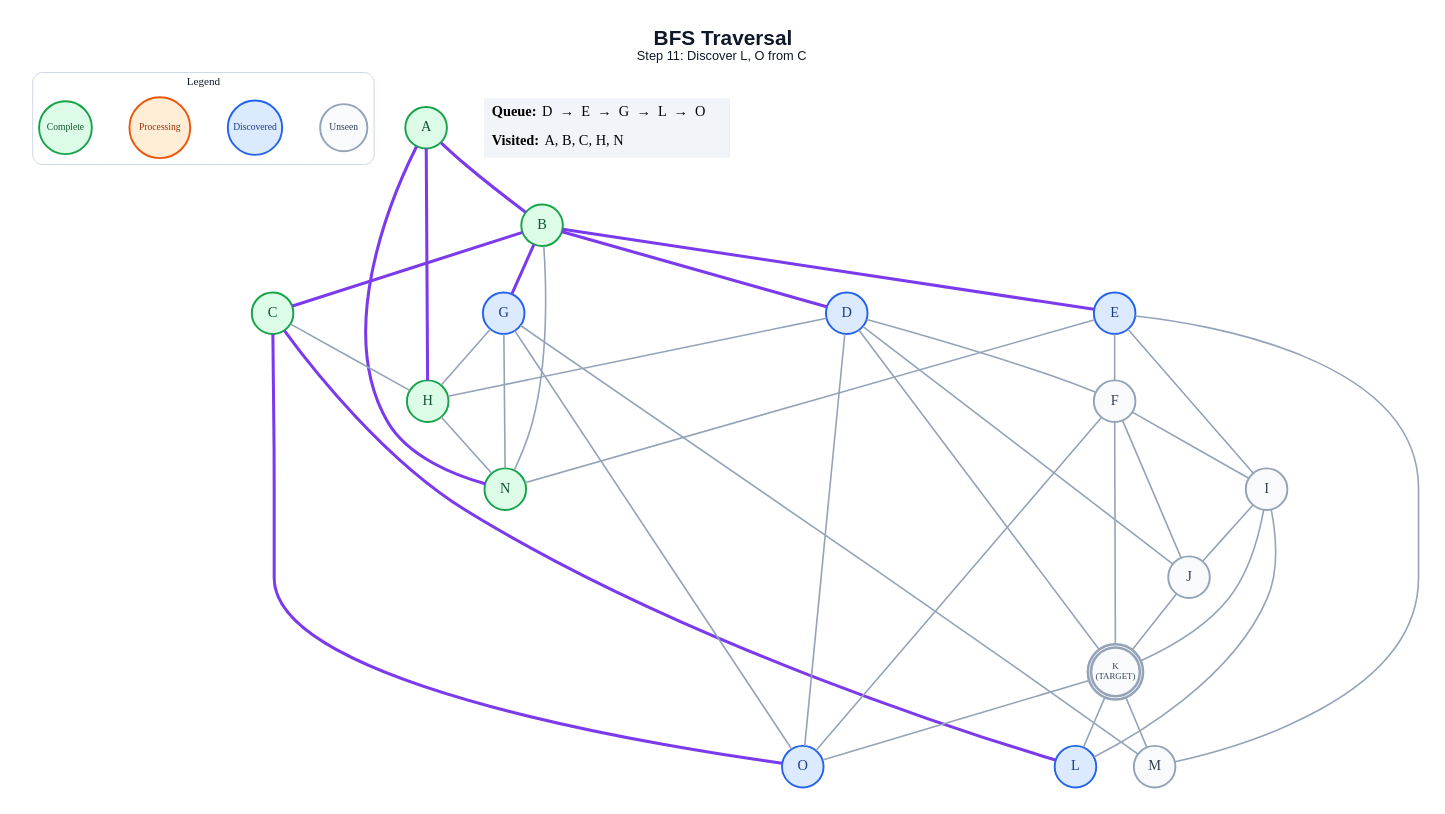
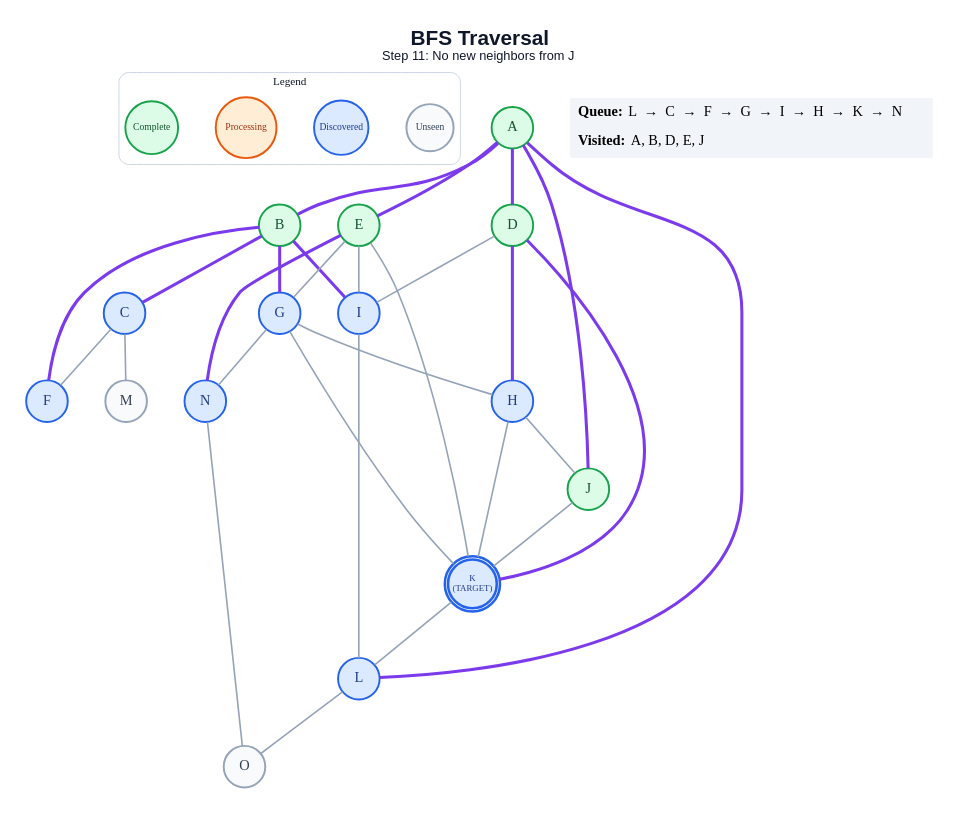
The diagram in generated/bfs/step_11.dot (anon7238593-create/ai-slop), drawn with Graphviz before and after one commit. The commit also changed 253 other files, not shown here.

```diff
--- a/generated/bfs/step_11.dot
+++ b/generated/bfs/step_11.dot
@@ -1,70 +1,62 @@
 graph traversal {
   graph [layout=dot, rankdir=TB, bgcolor="#FFFFFF", pad="0.35", nodesep="0.65", ranksep="0.8", fontname="Arial"];
   node [shape=circle, style="filled", fontname="Arial Bold", fontsize=18, width=0.72, fixedsize=true, penwidth=2.4];
   edge [color="#94A3B8", penwidth=2.0];
-  label=<<B>BFS Traversal</B><BR/><FONT POINT-SIZE="16">Step 11: Discover L, O from C</FONT>>; labelloc="t"; fontsize=26; fontname="Arial"; fontcolor="#0F172A";
+  label=<<B>BFS Traversal</B><BR/><FONT POINT-SIZE="16">Step 11: No new neighbors from J</FONT>>; labelloc="t"; fontsize=26; fontname="Arial"; fontcolor="#0F172A";
   subgraph cluster_legend { label="Legend"; color="#CBD5E1"; penwidth=1.2; style="rounded"; fontsize=14; fontname="Arial Bold";
     key_unseen [label="Unseen", fillcolor="#F8FAFC", color="#94A3B8", fontcolor="#334155", fontsize=12, width=0.82];
     key_frontier [label="Discovered", fillcolor="#DBEAFE", color="#2563EB", fontcolor="#1E3A8A", fontsize=12, width=0.95];
     key_current [label="Processing", fillcolor="#FFEDD5", color="#EA580C", fontcolor="#9A3412", fontsize=12, width=1.05];
     key_done [label="Complete", fillcolor="#DCFCE7", color="#16A34A", fontcolor="#14532D", fontsize=12, width=0.92];
     { rank=same; key_unseen; key_frontier; key_current; key_done; }
   }
   A [label="A", fillcolor="#DCFCE7", color="#16A34A", fontcolor="#14532D", peripheries=1, penwidth=2.4];
   B [label="B", fillcolor="#DCFCE7", color="#16A34A", fontcolor="#14532D", peripheries=1, penwidth=2.4];
-  C [label="C", fillcolor="#DCFCE7", color="#16A34A", fontcolor="#14532D", peripheries=1, penwidth=2.4];
-  D [label="D", fillcolor="#DBEAFE", color="#2563EB", fontcolor="#1E3A8A", peripheries=1, penwidth=2.4];
-  E [label="E", fillcolor="#DBEAFE", color="#2563EB", fontcolor="#1E3A8A", peripheries=1, penwidth=2.4];
-  F [label="F", fillcolor="#F8FAFC", color="#94A3B8", fontcolor="#334155", peripheries=1, penwidth=2.4];
+  C [label="C", fillcolor="#DBEAFE", color="#2563EB", fontcolor="#1E3A8A", peripheries=1, penwidth=2.4];
+  D [label="D", fillcolor="#DCFCE7", color="#16A34A", fontcolor="#14532D", peripheries=1, penwidth=2.4];
+  E [label="E", fillcolor="#DCFCE7", color="#16A34A", fontcolor="#14532D", peripheries=1, penwidth=2.4];
+  F [label="F", fillcolor="#DBEAFE", color="#2563EB", fontcolor="#1E3A8A", peripheries=1, penwidth=2.4];
   G [label="G", fillcolor="#DBEAFE", color="#2563EB", fontcolor="#1E3A8A", peripheries=1, penwidth=2.4];
-  H [label="H", fillcolor="#DCFCE7", color="#16A34A", fontcolor="#14532D", peripheries=1, penwidth=2.4];
-  I [label="I", fillcolor="#F8FAFC", color="#94A3B8", fontcolor="#334155", peripheries=1, penwidth=2.4];
-  J [label="J", fillcolor="#F8FAFC", color="#94A3B8", fontcolor="#334155", peripheries=1, penwidth=2.4];
-  K [label="K\n(TARGET)", fillcolor="#F8FAFC", color="#94A3B8", fontcolor="#334155", peripheries=2, penwidth=3.2, fontsize=11, width=0.85, height=0.85];
+  H [label="H", fillcolor="#DBEAFE", color="#2563EB", fontcolor="#1E3A8A", peripheries=1, penwidth=2.4];
+  I [label="I", fillcolor="#DBEAFE", color="#2563EB", fontcolor="#1E3A8A", peripheries=1, penwidth=2.4];
+  J [label="J", fillcolor="#DCFCE7", color="#16A34A", fontcolor="#14532D", peripheries=1, penwidth=2.4];
+  K [label="K\n(TARGET)", fillcolor="#DBEAFE", color="#2563EB", fontcolor="#1E3A8A", peripheries=2, penwidth=3.2, fontsize=11, width=0.85, height=0.85];
   L [label="L", fillcolor="#DBEAFE", color="#2563EB", fontcolor="#1E3A8A", peripheries=1, penwidth=2.4];
   M [label="M", fillcolor="#F8FAFC", color="#94A3B8", fontcolor="#334155", peripheries=1, penwidth=2.4];
-  N [label="N", fillcolor="#DCFCE7", color="#16A34A", fontcolor="#14532D", peripheries=1, penwidth=2.4];
-  O [label="O", fillcolor="#DBEAFE", color="#2563EB", fontcolor="#1E3A8A", peripheries=1, penwidth=2.4];
+  N [label="N", fillcolor="#DBEAFE", color="#2563EB", fontcolor="#1E3A8A", peripheries=1, penwidth=2.4];
+  O [label="O", fillcolor="#F8FAFC", color="#94A3B8", fontcolor="#334155", peripheries=1, penwidth=2.4];
   A -- B [color="#7C3AED", penwidth=3.8];
-  A -- H [color="#7C3AED", penwidth=3.8];
-  A -- N [color="#7C3AED", penwidth=3.8];
+  A -- D [color="#7C3AED", penwidth=3.8];
+  A -- E [color="#7C3AED", penwidth=3.8];
+  A -- J [color="#7C3AED", penwidth=3.8];
+  A -- L [color="#7C3AED", penwidth=3.8];
   B -- C [color="#7C3AED", penwidth=3.8];
-  B -- D [color="#7C3AED", penwidth=3.8];
-  B -- E [color="#7C3AED", penwidth=3.8];
+  B -- F [color="#7C3AED", penwidth=3.8];
   B -- G [color="#7C3AED", penwidth=3.8];
-  B -- N;
-  C -- H;
-  C -- L [color="#7C3AED", penwidth=3.8];
-  C -- O [color="#7C3AED", penwidth=3.8];
-  D -- F;
-  D -- H;
-  D -- J;
-  D -- K;
-  D -- O;
-  E -- F;
+  B -- I [color="#7C3AED", penwidth=3.8];
+  C -- F;
+  C -- M;
+  D -- H [color="#7C3AED", penwidth=3.8];
+  D -- I;
+  D -- K [color="#7C3AED", penwidth=3.8];
+  E -- G;
   E -- I;
-  E -- M;
-  E -- N;
-  F -- I;
-  F -- J;
-  F -- K;
-  F -- O;
+  E -- K;
+  E -- N [color="#7C3AED", penwidth=3.8];
   G -- H;
-  G -- M;
+  G -- K;
   G -- N;
-  G -- O;
-  H -- N;
-  I -- J;
-  I -- K;
+  H -- J;
+  H -- K;
   I -- L;
   J -- K;
   K -- L;
-  K -- M;
-  K -- O;
+  L -- O;
+  N -- O;
   status [shape=plain, fixedsize=false, width=0, height=0, margin=0, label=<
     <TABLE BORDER="0" CELLBORDER="0" CELLPADDING="7" BGCOLOR="#F1F5F9">
-      <TR><TD ALIGN="LEFT"><B>Queue:</B> D  →  E  →  G  →  L  →  O</TD></TR>
-      <TR><TD ALIGN="LEFT"><B>Visited:</B> A, B, C, H, N</TD></TR>
+      <TR><TD ALIGN="LEFT"><B>Queue:</B> L  →  C  →  F  →  G  →  I  →  H  →  K  →  N</TD></TR>
+      <TR><TD ALIGN="LEFT"><B>Visited:</B> A, B, D, E, J</TD></TR>
     </TABLE>
   >];
 }
```
